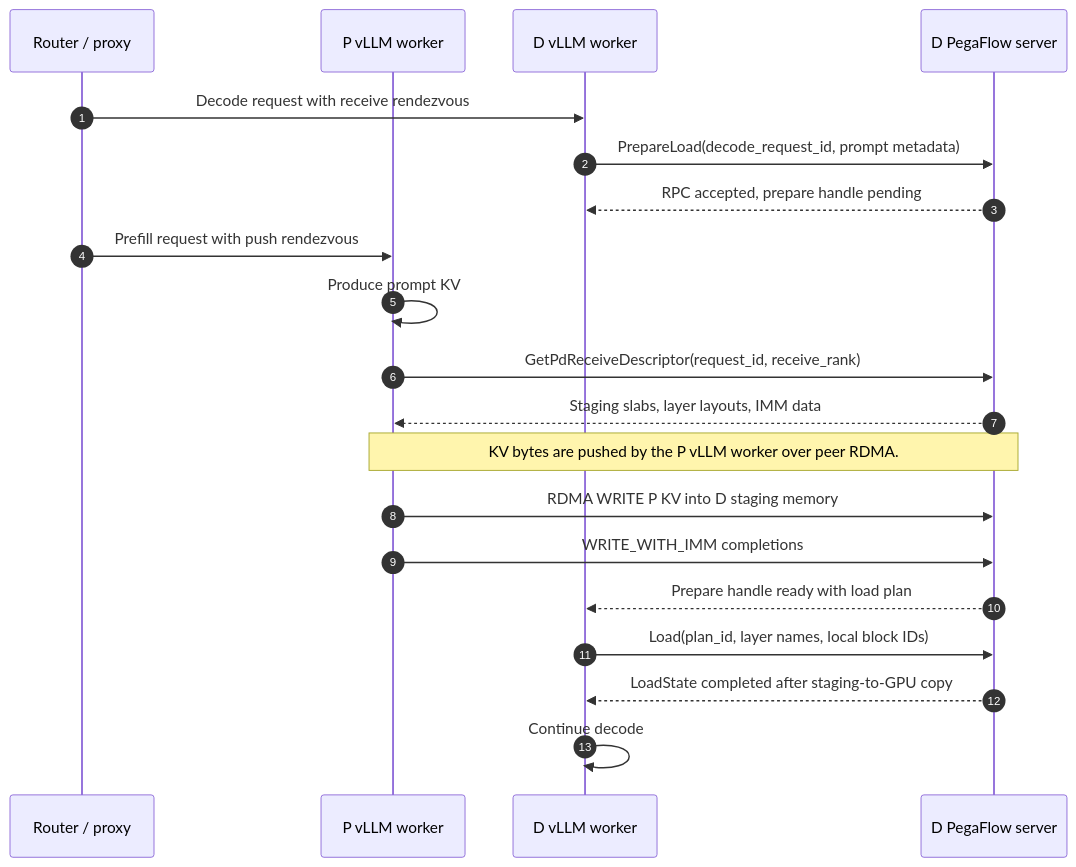
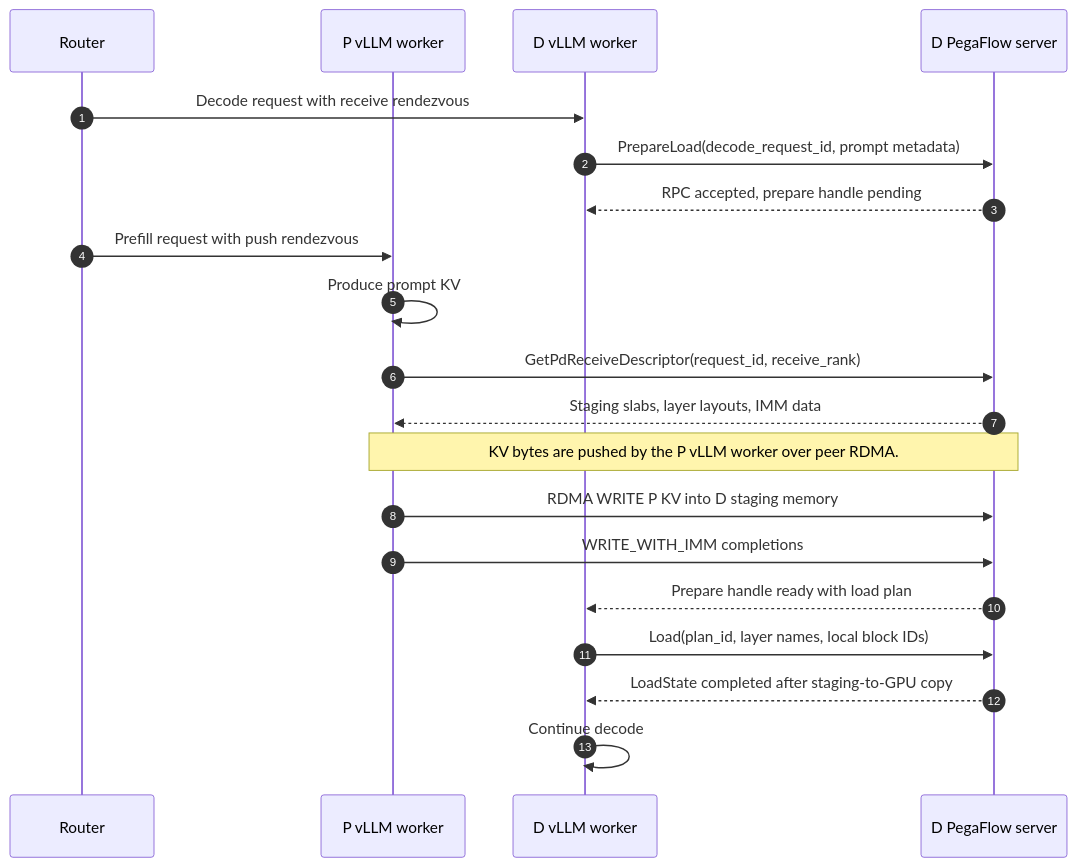
The diagram in docs/pd-disaggregation-design.md (novitalabs/pegaflow), drawn with Mermaid before and after one commit. The commit also changed 4 other files, not shown here.

Commit message:
chore: update pd push router flow

````diff
--- a/docs/pd-disaggregation-design.md
+++ b/docs/pd-disaggregation-design.md
@@ -56,26 +56,26 @@
 ```mermaid
 sequenceDiagram
     autonumber
-    participant R as Router / proxy
+    participant R as Router
     participant P as P vLLM worker
     participant D as D vLLM worker
     participant DE as D PegaFlow server
 
     R->>D: Decode request with receive rendezvous
     D->>DE: PrepareLoad(decode_request_id, prompt metadata)
     DE-->>D: RPC accepted, prepare handle pending
 
     R->>P: Prefill request with push rendezvous
     P->>P: Produce prompt KV
     P->>DE: GetPdReceiveDescriptor(request_id, receive_rank)
     DE-->>P: Staging slabs, layer layouts, IMM data
 
     Note over P,DE: KV bytes are pushed by the P vLLM worker over peer RDMA.
     P->>DE: RDMA WRITE P KV into D staging memory
     P->>DE: WRITE_WITH_IMM completions
 
     DE-->>D: Prepare handle ready with load plan
     D->>DE: Load(plan_id, layer names, local block IDs)
     DE-->>D: LoadState completed after staging-to-GPU copy
     D->>D: Continue decode
 ```
````
